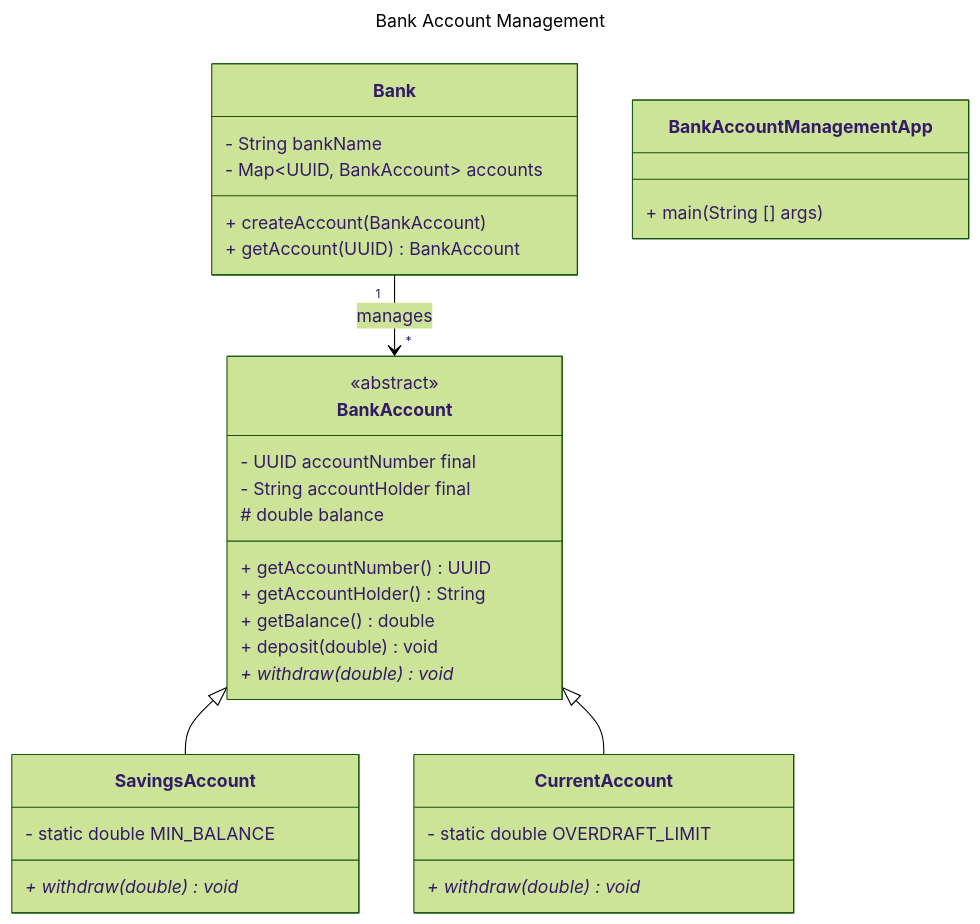
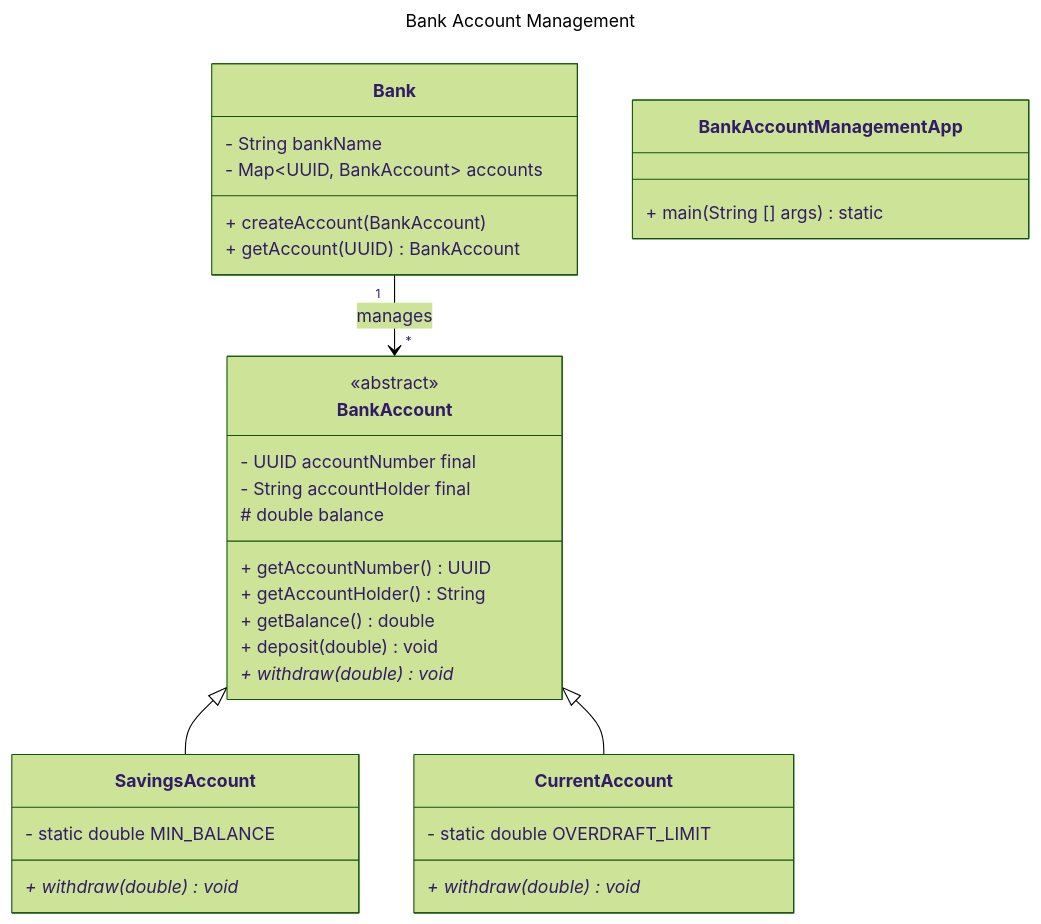
Before and after one commit to srimani-ravikumar/interview-prep: the diagram in OOP/2_Problems_Solving_Using_OOP/Easy/Bank_Account_Management/ClassDiagram_BankAccountManagementApp.md, drawn with Mermaid (forest theme).

````diff
--- a/OOP/2_Problems_Solving_Using_OOP/Easy/Bank_Account_Management/ClassDiagram_BankAccountManagementApp.md
+++ b/OOP/2_Problems_Solving_Using_OOP/Easy/Bank_Account_Management/ClassDiagram_BankAccountManagementApp.md
@@ -1,40 +1,40 @@
 ```mermaid
 ---
 title: Bank Account Management
 ---
 classDiagram
 direction TB
     class BankAccount {
 	    - UUID accountNumber final
 	    - String accountHolder final
 	    # double balance
 	    + getAccountNumber() UUID
 	    + getAccountHolder() String
 	    + getBalance() double
 	    + deposit(double) void
 	    + withdraw(double) void* 
     }
     class SavingsAccount {
 	    - static double MIN_BALANCE
 	    + withdraw(double) void*
     }
     class CurrentAccount {
 	    - static double OVERDRAFT_LIMIT
 	    + withdraw(double) void*
     }
     class Bank {
 	    - String bankName
 	    - Map~UUID, BankAccount~ accounts
 	    + createAccount(BankAccount)
 	    + getAccount(UUID) BankAccount
     }
     class BankAccountManagementApp {
-	    + main(String [] args)
+	    + main(String [] args) static
     }
 
 	<<abstract>> BankAccount
 
     BankAccount <|-- SavingsAccount
     BankAccount <|-- CurrentAccount
     Bank "1" --> "*" BankAccount : manages
 ```
````
